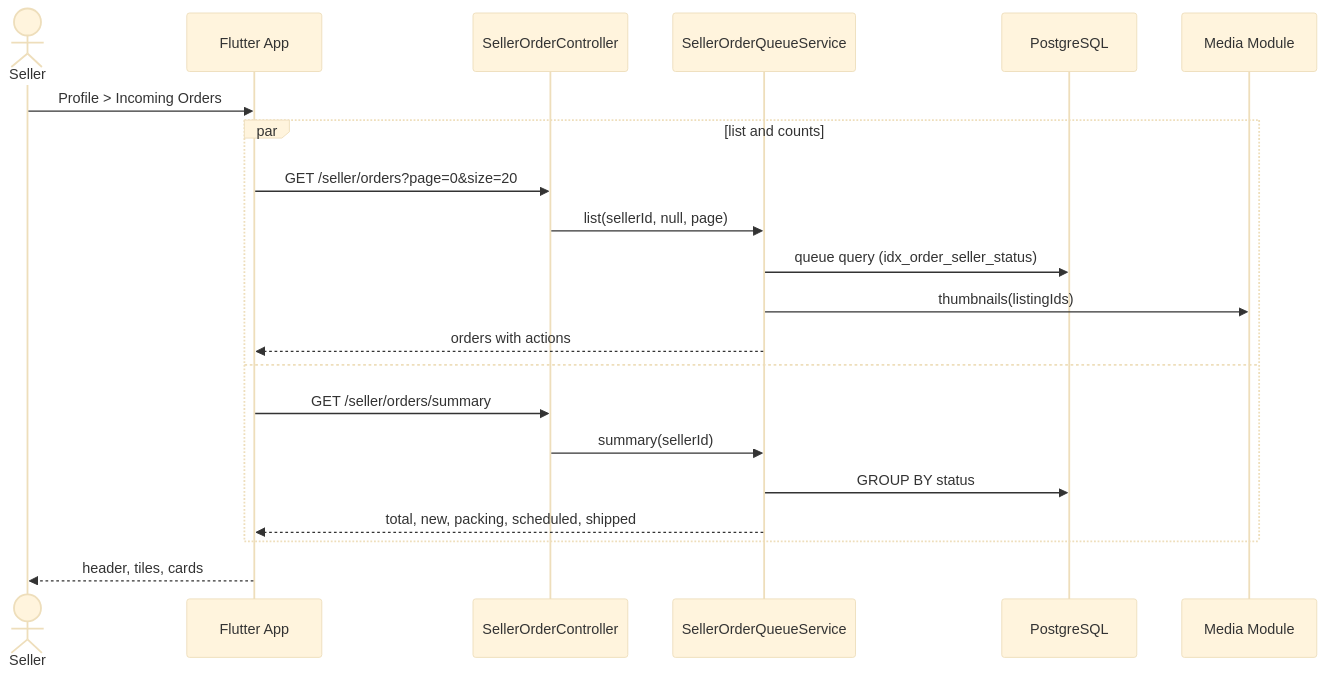
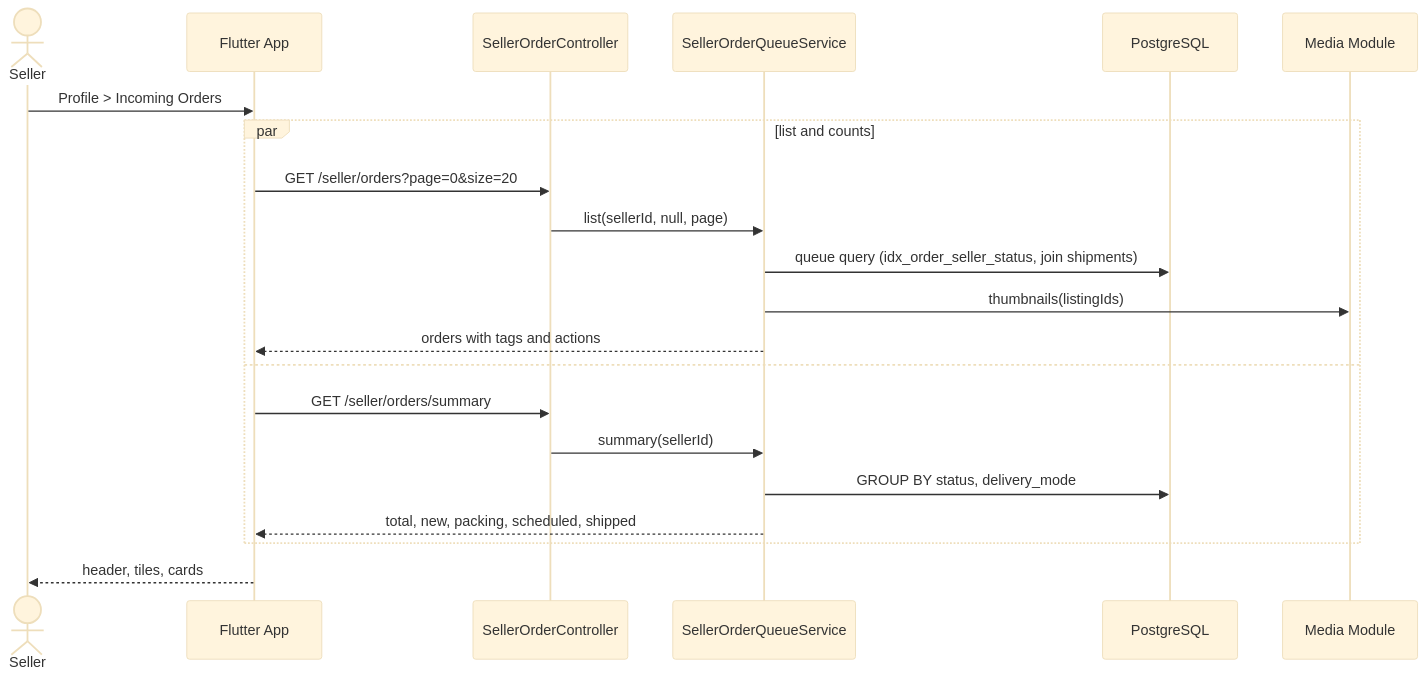
Before and after one commit to VSPL-New/Documents: the third of 7 diagrams in LLD/Sprint-6-Shipping-Delivery-LLD.md, drawn with Mermaid (base theme). The commit also changed other lines of this file and 1 other file, not shown here.

Commit message:
docs(sprint-6): design all sprint 6 stories in the shipping and delivery lld

````diff
--- a/LLD/Sprint-6-Shipping-Delivery-LLD.md
+++ b/LLD/Sprint-6-Shipping-Delivery-LLD.md
@@ -389,24 +516,24 @@
 ```mermaid
 sequenceDiagram
     actor Seller
     participant App as Flutter App
     participant API as SellerOrderController
     participant Svc as SellerOrderQueueService
     participant DB as PostgreSQL
     participant Media as Media Module
 
     Seller->>App: Profile > Incoming Orders
     par list and counts
         App->>API: GET /seller/orders?page=0&size=20
         API->>Svc: list(sellerId, null, page)
-        Svc->>DB: queue query (idx_order_seller_status)
+        Svc->>DB: queue query (idx_order_seller_status, join shipments)
         Svc->>Media: thumbnails(listingIds)
-        Svc-->>App: orders with actions
+        Svc-->>App: orders with tags and actions
     and
         App->>API: GET /seller/orders/summary
         API->>Svc: summary(sellerId)
-        Svc->>DB: GROUP BY status
+        Svc->>DB: GROUP BY status, delivery_mode
         Svc-->>App: total, new, packing, scheduled, shipped
     end
     App-->>Seller: header, tiles, cards
 ```
````
